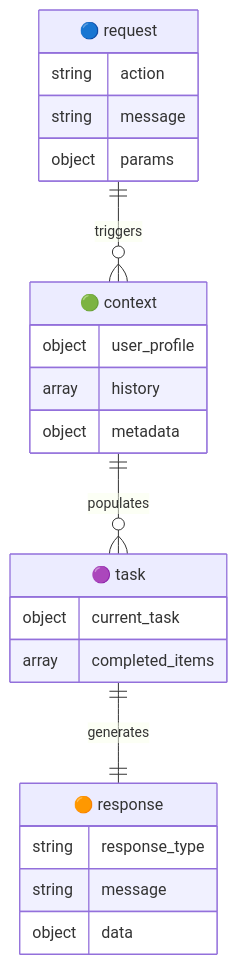
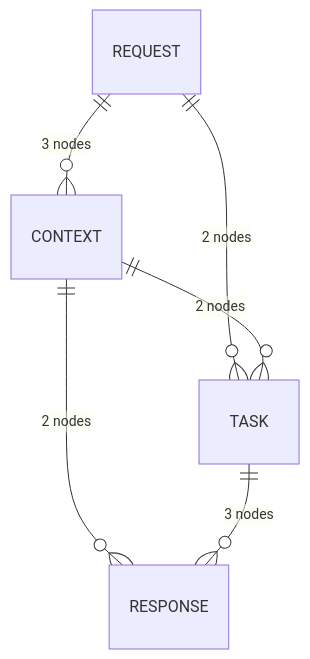
Before and after one commit to Pablo11111544545/agent-contracts: the first of 5 diagrams in docs/ARCHITECTURE_SAMPLE.md, drawn with Mermaid. The commit also changed other lines of this file and 2 other files, not shown here.

Commit message:
feat: Enhance architecture visualization with detailed data flow, slice dependencies, and supervisor-specific priority chains.

````diff
--- a/docs/ARCHITECTURE_SAMPLE.md
+++ b/docs/ARCHITECTURE_SAMPLE.md
@@ -11,26 +21,8 @@
 ```mermaid
 erDiagram
-    REQUEST["🔵 request"] {
-        string action
-        string message
-        object params
-    }
-    CONTEXT["🟢 context"] {
-        object user_profile
-        array history
-        object metadata
-    }
-    TASK["🟣 task"] {
-        object current_task
-        array completed_items
-    }
-    RESPONSE["🟠 response"] {
-        string response_type
-        string message
-        object data
-    }
-    
-    REQUEST ||--o{ CONTEXT : "triggers"
-    CONTEXT ||--o{ TASK : "populates"
-    TASK ||--|| RESPONSE : "generates"
+    REQUEST ||--o{ CONTEXT : "3 nodes"
+    REQUEST ||--o{ TASK : "2 nodes"
+    CONTEXT ||--o{ TASK : "2 nodes"
+    CONTEXT ||--o{ RESPONSE : "2 nodes"
+    TASK ||--o{ RESPONSE : "3 nodes"
 ```
````
